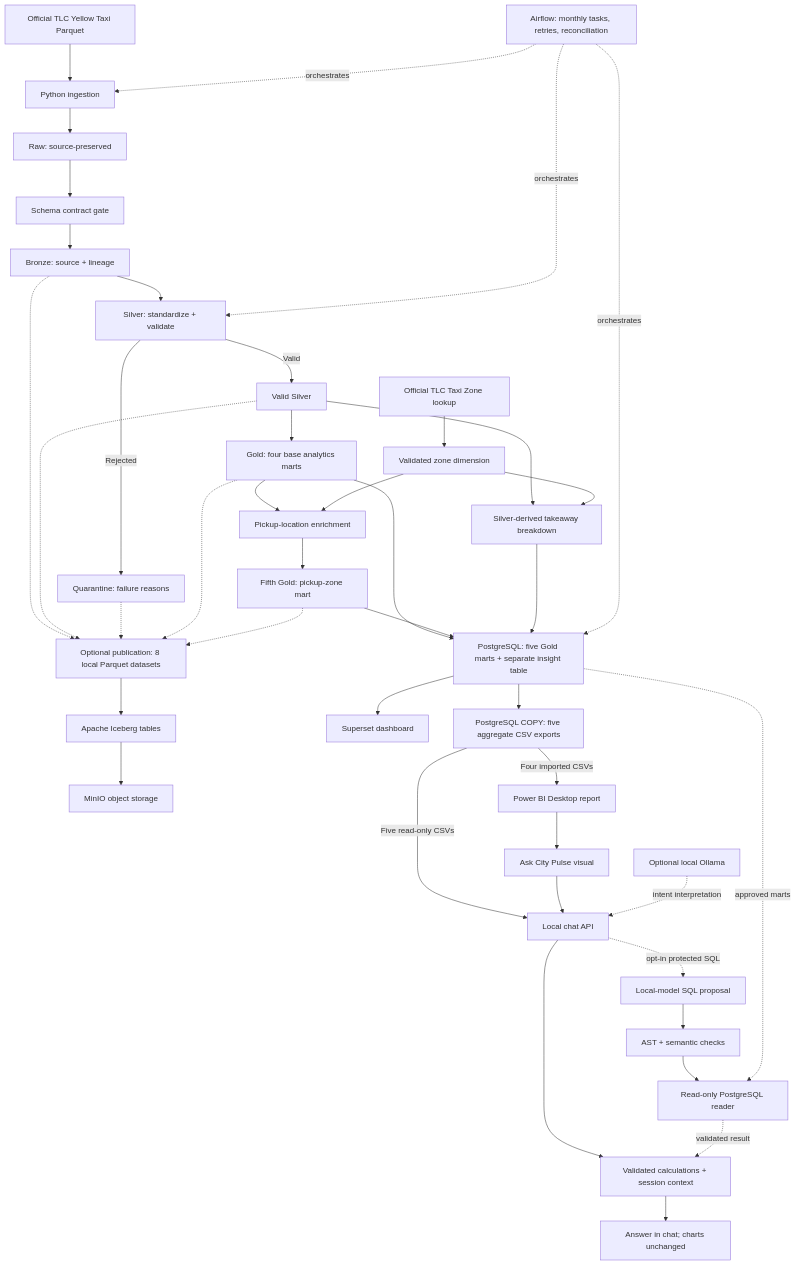
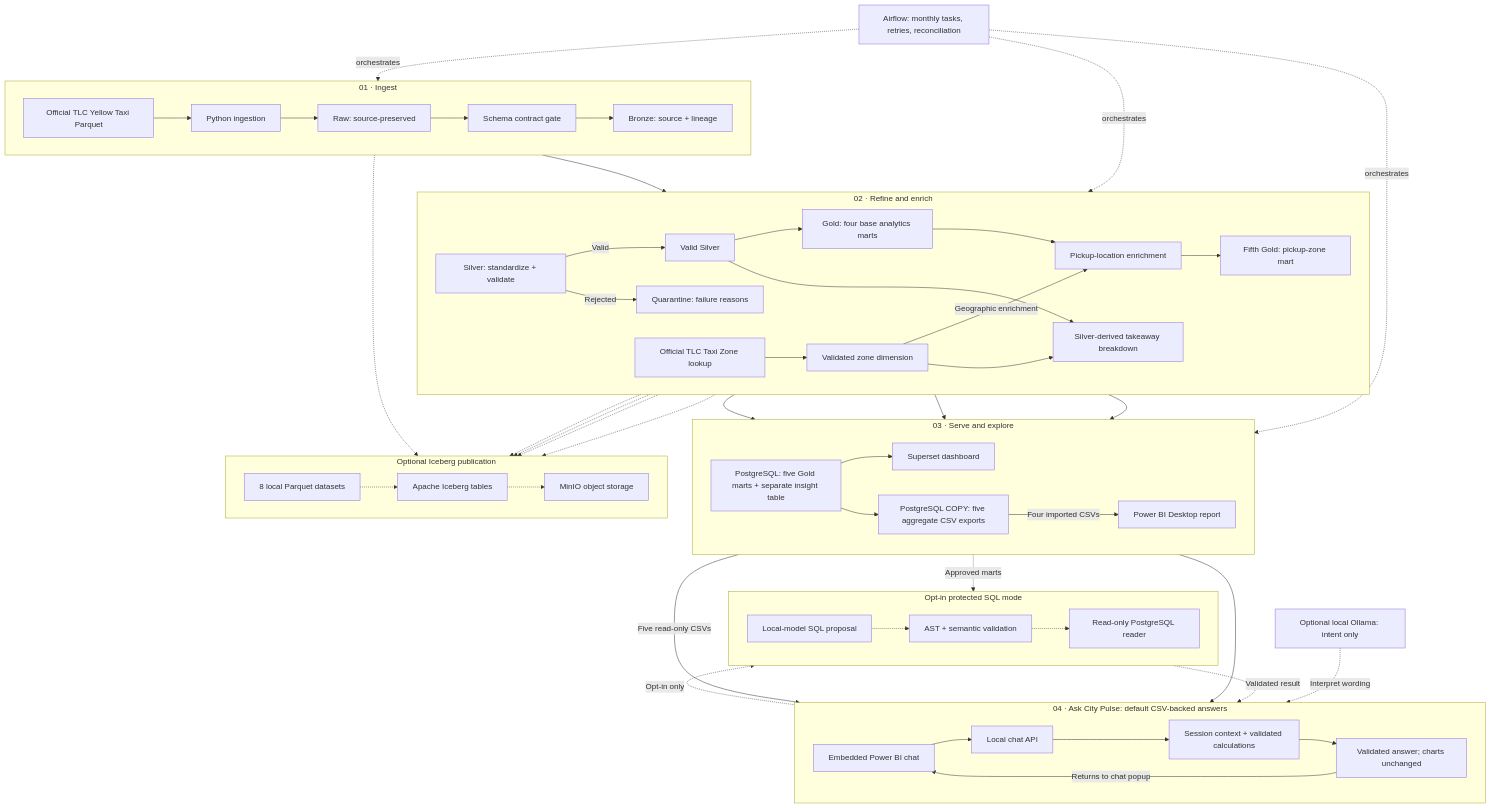
Before and after one commit to harshitha-108/nyc-taxi-lakehouse: the diagram in README.md, drawn with Mermaid.

Commit message:
Clarify City Pulse architecture and chat answer flow

````diff
--- a/README.md
+++ b/README.md
@@ -18,36 +18,52 @@
 ```mermaid
 flowchart TB
-    TLC["Official TLC Yellow Taxi Parquet"] --> ING["Python ingestion"] --> RAW["Raw: source-preserved"]
-    RAW --> GATE["Schema contract gate"] --> BR["Bronze: source + lineage"] --> SI["Silver: standardize + validate"]
-    SI -->|Valid| V["Valid Silver"] --> GOLD["Gold: four base analytics marts"]
-    SI -->|Rejected| Q["Quarantine: failure reasons"]
-    Z["Official TLC Taxi Zone lookup"] --> REF["Validated zone dimension"]
-    GOLD --> GEO["Pickup-location enrichment"]
-    REF --> GEO --> ZONE["Fifth Gold: pickup-zone mart"]
-    V --> TAKE["Silver-derived takeaway breakdown"]
-    REF --> TAKE
-    BR -.-> OPT["Optional publication: 8 local Parquet datasets"]
+    subgraph INGEST["01 · Ingest"]
+        direction LR
+        TLC["Official TLC Yellow Taxi Parquet"] --> ING["Python ingestion"] --> RAW["Raw: source-preserved"] --> GATE["Schema contract gate"] --> BR["Bronze: source + lineage"]
+    end
+    subgraph REFINE["02 · Refine and enrich"]
+        direction LR
+        SI["Silver: standardize + validate"] -->|Valid| V["Valid Silver"] --> GOLD["Gold: four base analytics marts"]
+        SI -->|Rejected| Q["Quarantine: failure reasons"]
+        Z["Official TLC Taxi Zone lookup"] --> REF["Validated zone dimension"] -->|Geographic enrichment| GEO["Pickup-location enrichment"]
+        GOLD --> GEO --> ZONE["Fifth Gold: pickup-zone mart"]
+        V --> TAKE["Silver-derived takeaway breakdown"]
+        REF --> TAKE
+    end
+    subgraph EXPLORE["03 · Serve and explore"]
+        direction LR
+        SERVE["PostgreSQL: five Gold marts + separate insight table"] --> BI["Superset dashboard"]
+        SERVE --> CSV["PostgreSQL COPY: five aggregate CSV exports"] -->|Four imported CSVs| PBI["Power BI Desktop report"]
+    end
+    subgraph ASK["04 · Ask City Pulse: default CSV-backed answers"]
+        direction LR
+        UI["Embedded Power BI chat"] --> API["Local chat API"] --> CALC["Session context + validated calculations"] --> ANSWER["Validated answer; charts unchanged"]
+        ANSWER -->|Returns to chat popup| UI
+    end
+    BR --> SI
+    GOLD --> SERVE
+    ZONE --> SERVE
+    TAKE --> SERVE
+    PBI --> UI
+    CSV -->|Five read-only CSVs| API
+    subgraph LAKE["Optional Iceberg publication"]
+        direction LR
+        OPT["8 local Parquet datasets"] -.-> ICE["Apache Iceberg tables"] -.-> MINIO["MinIO object storage"]
+    end
+    BR -.-> OPT
     V -.-> OPT
     Q -.-> OPT
     GOLD -.-> OPT
     ZONE -.-> OPT
-    OPT --> ICE["Apache Iceberg tables"] --> MINIO["MinIO object storage"]
-    GOLD --> SERVE["PostgreSQL: five Gold marts + separate insight table"]
-    ZONE --> SERVE
-    TAKE --> SERVE
-    SERVE --> BI["Superset dashboard"]
-    SERVE --> CSV["PostgreSQL COPY: five aggregate CSV exports"]
-    CSV -->|Four imported CSVs| PBI["Power BI Desktop report"]
-    CSV -->|Five read-only CSVs| API["Local chat API"]
-    PBI --> UI["Ask City Pulse visual"] --> API
-    API --> CALC["Validated calculations + session context"]
-    CALC --> ANSWER["Answer in chat; charts unchanged"]
-    MODEL["Optional local Ollama"] -. intent interpretation .-> API
-    API -. opt-in protected SQL .-> PROPOSE["Local-model SQL proposal"]
-    PROPOSE --> GUARD["AST + semantic checks"] --> READER["Read-only PostgreSQL reader"]
-    SERVE -. approved marts .-> READER
-    READER -. validated result .-> CALC
+    MODEL["Optional local Ollama: intent only"] -. Interpret wording .-> API
+    subgraph SQL["Opt-in protected SQL mode"]
+        direction LR
+        PROPOSE["Local-model SQL proposal"] -.-> GUARD["AST + semantic validation"] -.-> READER["Read-only PostgreSQL reader"]
+    end
+    API -. Opt-in only .-> PROPOSE
+    SERVE -. Approved marts .-> READER
+    READER -. Validated result .-> CALC
     AIR["Airflow: monthly tasks, retries, reconciliation"] -. orchestrates .-> ING
     AIR -. orchestrates .-> SI
     AIR -. orchestrates .-> SERVE
 ```
````
